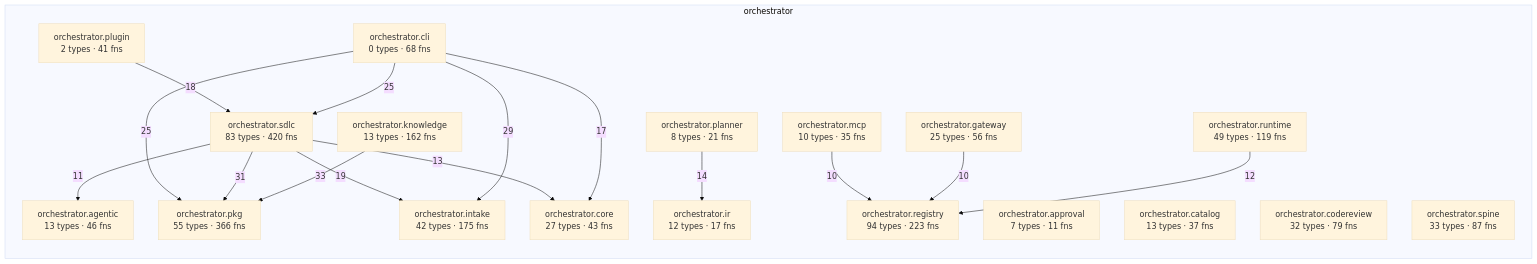
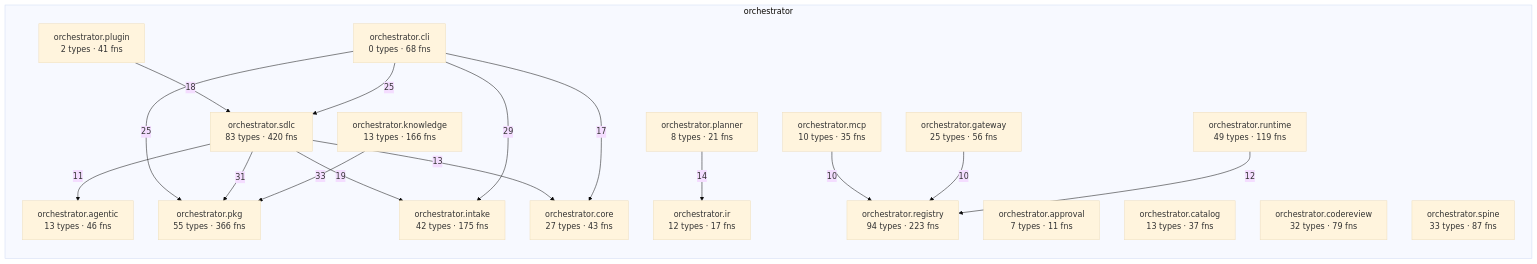
The diagram in episteme/architecture.md (synaptixs/spine), drawn with Mermaid (base theme) before and after one commit. The commit also changed other lines of this file and 12 other files, not shown here.

````diff
--- a/episteme/architecture.md
+++ b/episteme/architecture.md
@@ -54,37 +54,37 @@
 ```mermaid
 flowchart LR
   subgraph z_orchestrator["orchestrator"]
     aorchestratoragentic["orchestrator.agentic<br/>13 types · 46 fns"]
     aorchestratorapproval["orchestrator.approval<br/>7 types · 11 fns"]
     aorchestratorcatalog["orchestrator.catalog<br/>13 types · 37 fns"]
     aorchestratorcli["orchestrator.cli<br/>0 types · 68 fns"]
     aorchestratorcodereview["orchestrator.codereview<br/>32 types · 79 fns"]
     aorchestratorcore["orchestrator.core<br/>27 types · 43 fns"]
     aorchestratorgateway["orchestrator.gateway<br/>25 types · 56 fns"]
     aorchestratorintake["orchestrator.intake<br/>42 types · 175 fns"]
     aorchestratorir["orchestrator.ir<br/>12 types · 17 fns"]
-    aorchestratorknowledge["orchestrator.knowledge<br/>13 types · 162 fns"]
+    aorchestratorknowledge["orchestrator.knowledge<br/>13 types · 166 fns"]
     aorchestratormcp["orchestrator.mcp<br/>10 types · 35 fns"]
     aorchestratorpkg["orchestrator.pkg<br/>55 types · 366 fns"]
     aorchestratorplanner["orchestrator.planner<br/>8 types · 21 fns"]
     aorchestratorplugin["orchestrator.plugin<br/>2 types · 41 fns"]
     aorchestratorregistry["orchestrator.registry<br/>94 types · 223 fns"]
     aorchestratorruntime["orchestrator.runtime<br/>49 types · 119 fns"]
     aorchestratorsdlc["orchestrator.sdlc<br/>83 types · 420 fns"]
     aorchestratorspine["orchestrator.spine<br/>33 types · 87 fns"]
   end
   aorchestratorknowledge -->|33| aorchestratorpkg
   aorchestratorsdlc -->|31| aorchestratorpkg
   aorchestratorcli -->|29| aorchestratorintake
   aorchestratorcli -->|25| aorchestratorsdlc
   aorchestratorcli -->|25| aorchestratorpkg
   aorchestratorsdlc -->|19| aorchestratorintake
   aorchestratorplugin -->|18| aorchestratorsdlc
   aorchestratorcli -->|17| aorchestratorcore
   aorchestratorplanner -->|14| aorchestratorir
   aorchestratorsdlc -->|13| aorchestratorcore
   aorchestratorruntime -->|12| aorchestratorregistry
   aorchestratorsdlc -->|11| aorchestratoragentic
   aorchestratorgateway -->|10| aorchestratorregistry
   aorchestratormcp -->|10| aorchestratorregistry
 ```
````
